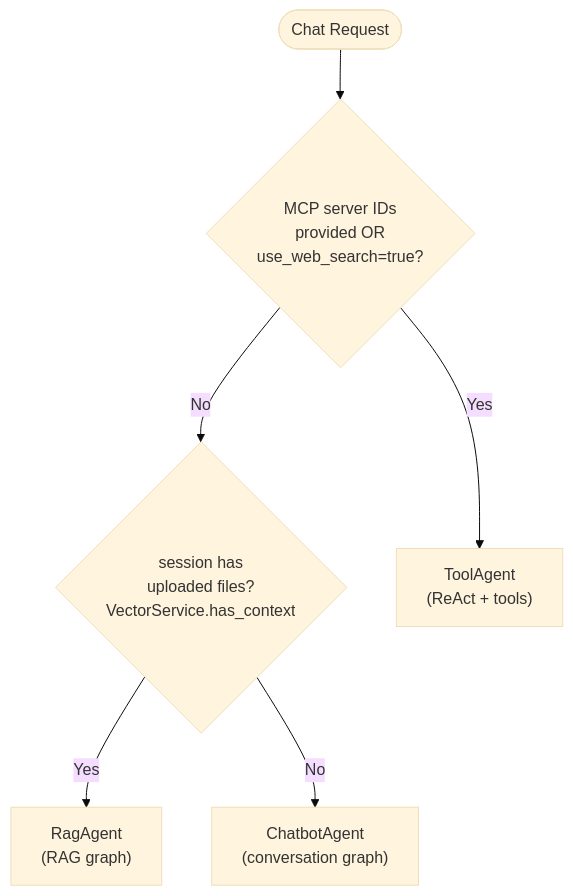
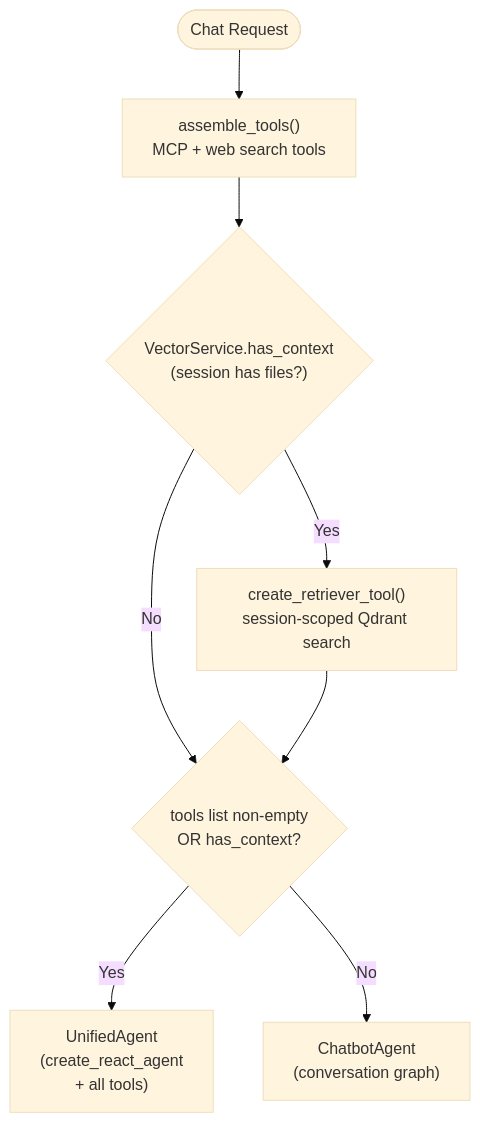
One commit to giasinguyen/chatly-messaging-platform changed the fifth of 13 diagrams in chatly-agent/ARCHITECTURE.md. Above: the diagram before and after it, drawn with Mermaid (base theme). The commit also changed other lines of this file and 26 other files, not shown here.

First line of the commit message:
Refactor chat service and agent architecture

````diff
--- a/chatly-agent/ARCHITECTURE.md
+++ b/chatly-agent/ARCHITECTURE.md
@@ -195,15 +193,17 @@
 ```mermaid
 flowchart TD
     Start([Chat Request])
-    CheckTools{MCP server IDs\nprovided OR\nuse_web_search=true?}
-    CheckContext{session has\nuploaded files?\nVectorService.has_context}
-    ToolAgent["ToolAgent\n(ReAct + tools)"]
-    RagAgent["RagAgent\n(RAG graph)"]
+    AssembleTools["assemble_tools()\nMCP + web search tools"]
+    CheckHasContext{"VectorService.has_context\n(session has files?)"}
+    BuildRetriever["create_retriever_tool()\nsession-scoped Qdrant search"]
+    CheckNeedUnified{"tools list non-empty\nOR has_context?"}
+    UnifiedAgent["UnifiedAgent\n(create_react_agent\n+ all tools)"]
     ChatbotAgent["ChatbotAgent\n(conversation graph)"]
 
-    Start --> CheckTools
-    CheckTools -->|Yes| ToolAgent
-    CheckTools -->|No| CheckContext
-    CheckContext -->|Yes| RagAgent
-    CheckContext -->|No| ChatbotAgent
+    Start --> AssembleTools --> CheckHasContext
+    CheckHasContext -->|Yes| BuildRetriever
+    CheckHasContext -->|No| CheckNeedUnified
+    BuildRetriever --> CheckNeedUnified
+    CheckNeedUnified -->|Yes| UnifiedAgent
+    CheckNeedUnified -->|No| ChatbotAgent
 ```
````
